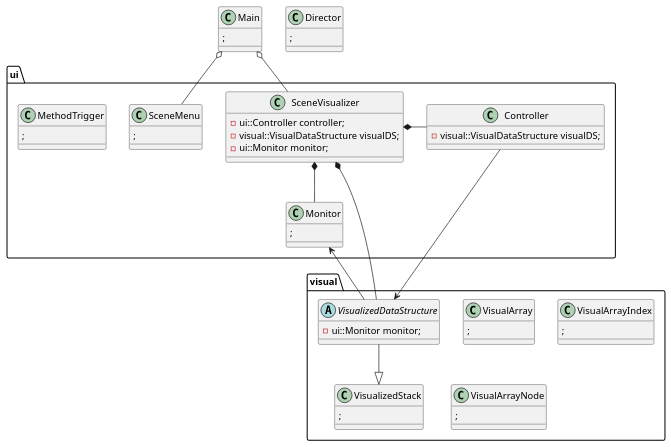
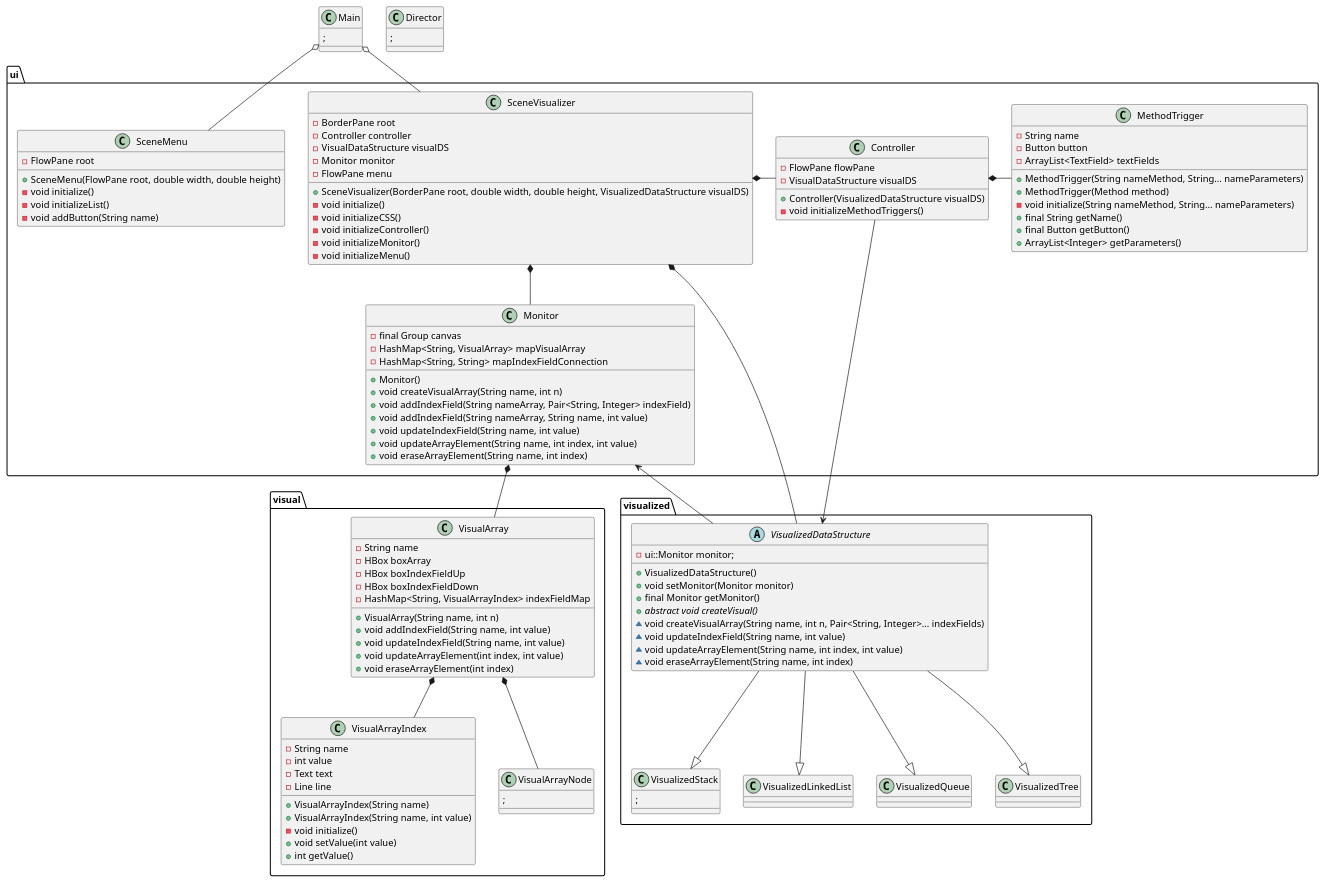
The diagram in classDiagram.puml (JM233333/data-structure-visualizer), drawn with PlantUML before and after one commit. The commit also changed 7 other files, not shown here.

Commit message:
upd : basic class diagram

```diff
--- a/classDiagram.puml
+++ b/classDiagram.puml
@@ -1,64 +1,139 @@
 @startuml demo
 
 set namespaceSeparator ::
 
 namespace ui {
+
 	class SceneMenu {
+		- FlowPane root
+		+ SceneMenu(FlowPane root, double width, double height)
+		- void initialize()
+		- void initializeList()
+		- void addButton(String name)
+	}
+	class SceneVisualizer {
+		- BorderPane root
+		- Controller controller
+		- VisualDataStructure visualDS
+		- Monitor monitor
+		- FlowPane menu
+		+ SceneVisualizer(BorderPane root, double width, double height, VisualizedDataStructure visualDS)
+		- void initialize()
+		- void initializeCSS()
+		- void initializeController()
+		- void initializeMonitor()
+		- void initializeMenu()
+	}
+
+	class Controller {
+		- FlowPane flowPane
+		- VisualDataStructure visualDS
+		+ Controller(VisualizedDataStructure visualDS)
+		- void initializeMethodTriggers()
+	}
+	class MethodTrigger {
+		- String name
+		- Button button
+		- ArrayList<TextField> textFields
+		+ MethodTrigger(String nameMethod, String... nameParameters)
+		+ MethodTrigger(Method method)
+		- void initialize(String nameMethod, String... nameParameters)
+		+ final String getName()
+		+ final Button getButton()
+		+ ArrayList<Integer> getParameters()
+	}
+	class Monitor {
+		- final Group canvas
+		- HashMap<String, VisualArray> mapVisualArray
+		- HashMap<String, String> mapIndexFieldConnection
+		+ Monitor()
+		+ void createVisualArray(String name, int n)
+		+ void addIndexField(String nameArray, Pair<String, Integer> indexField)
+		+ void addIndexField(String nameArray, String name, int value)
+		+ void updateIndexField(String name, int value)
+		+ void updateArrayElement(String name, int index, int value)
+		+ void eraseArrayElement(String name, int index)
+	}
+
+	SceneVisualizer *- Controller
+	SceneVisualizer *-- Monitor
+	Controller *- MethodTrigger
+
+}
+
+namespace visualized {
+
+	abstract class VisualizedDataStructure {
+		- ui::Monitor monitor;
+		+ VisualizedDataStructure()
+		+ void setMonitor(Monitor monitor)
+		+ final Monitor getMonitor()
+		+ {abstract} abstract void createVisual()
+		~ void createVisualArray(String name, int n, Pair<String, Integer>... indexFields)
+		~ void updateIndexField(String name, int value)
+		~ void updateArrayElement(String name, int index, int value)
+		~ void eraseArrayElement(String name, int index)
+	}
+	class VisualizedStack {
 		;
 	}
-	class SceneVisualizer {
-		- ui::Controller controller;
-		- visual::VisualDataStructure visualDS;
-		- ui::Monitor monitor;
-	}
-	class Controller {
-		- visual::VisualDataStructure visualDS;
-	}
-	class MethodTrigger {
-		;
-	}
-	class Monitor {
-		;
-	}
+
+	VisualizedDataStructure --|> VisualizedLinkedList
+	VisualizedDataStructure --|> VisualizedStack
+	VisualizedDataStructure --|> VisualizedQueue
+	VisualizedDataStructure --|> VisualizedTree
 }
 
 namespace visual {
 
-	abstract class VisualizedDataStructure {
-		- ui::Monitor monitor;
-	}
-	class VisualizedStack {
-		;
-	}
-	
 	class VisualArray {
-		;
+		- String name
+		- HBox boxArray
+		- HBox boxIndexFieldUp
+		- HBox boxIndexFieldDown
+		- HashMap<String, VisualArrayIndex> indexFieldMap
+		+ VisualArray(String name, int n)
+		+ void addIndexField(String name, int value)
+		+ void updateIndexField(String name, int value)
+		+ void updateArrayElement(int index, int value)
+		+ void eraseArrayElement(int index)
 	}
 	class VisualArrayIndex {
-		;
+		- String name
+		- int value
+		- Text text
+		- Line line
+		+ VisualArrayIndex(String name)
+		+ VisualArrayIndex(String name, int value)
+		- void initialize()
+		+ void setValue(int value)
+		+ int getValue()
 	}
 	class VisualArrayNode {
 		;
 	}
 
-	VisualizedDataStructure --|> VisualizedStack
+	VisualArray *-- VisualArrayIndex
+	VisualArray *-- VisualArrayNode
 }
 
 class Main {
 	;
 }
 
 class Director {
 	;
 }
 
 Main o-- ui::SceneMenu
 Main o-- ui::SceneVisualizer
 
-ui::SceneVisualizer *- ui::Controller
-ui::SceneVisualizer *-- visual::VisualizedDataStructure
-ui::SceneVisualizer *-- ui::Monitor
-ui::Controller -down-> visual::VisualizedDataStructure
-visual::VisualizedDataStructure -up-> ui::Monitor
+ui::SceneVisualizer *-- visualized::VisualizedDataStructure
+ui::Controller -down-> visualized::VisualizedDataStructure
+visualized::VisualizedDataStructure -up-> ui::Monitor
+
+ui::Monitor *-- visual::VisualArray
+
+visualized::VisualizedDataStructure -left[hidden]-> visual::VisualArray
 
 @enduml
```
